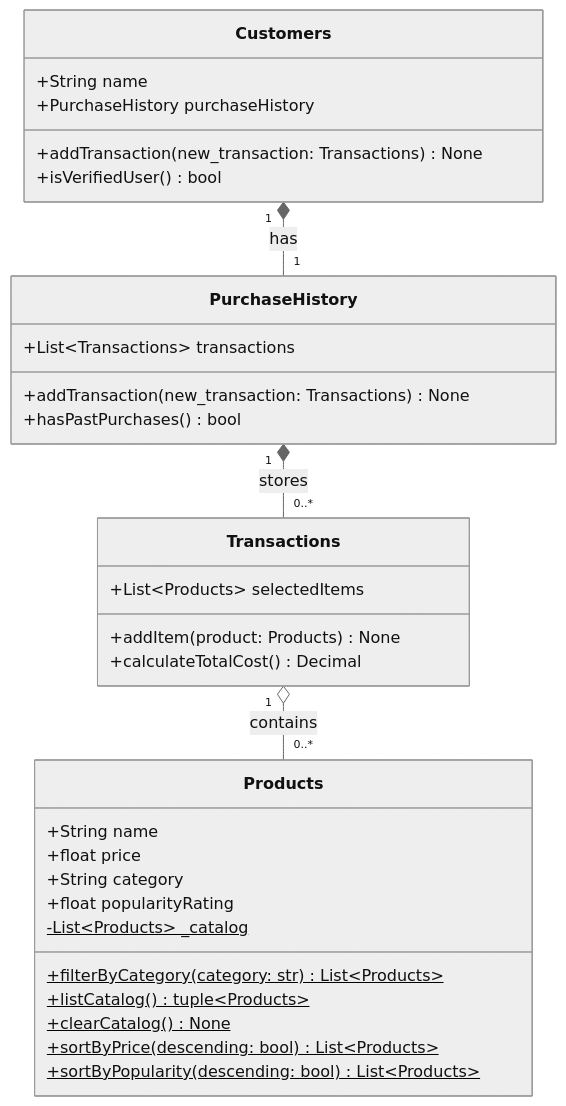
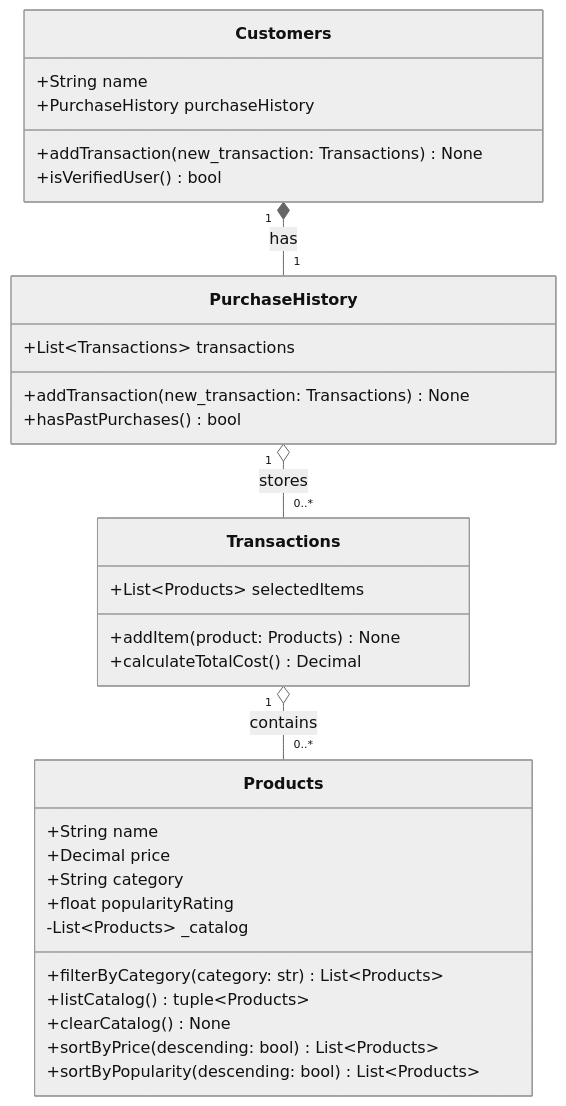
One commit to JasmineSutton/ByteBites changed the diagram in draft_from_copilot.md. Above: the diagram before and after it, drawn with Mermaid (neutral theme). The commit also changed other lines of this file and 2 other files, not shown here.

Commit message:
Updated differences
Compared against the current instructions and adjusted deltas.

````diff
--- a/draft_from_copilot.md
+++ b/draft_from_copilot.md
@@ -1,38 +1,38 @@
 ```mermaid
 classDiagram
     class Products {
         +String name
-        +float price
+        +Decimal price
         +String category
         +float popularityRating
-        -List~Products~ _catalog$
-        +filterByCategory(category: str) List~Products~$
-        +listCatalog() tuple~Products~$
-        +clearCatalog() None$
-        +sortByPrice(descending: bool) List~Products~$
-        +sortByPopularity(descending: bool) List~Products~$
+        -List~Products~ _catalog
+        +filterByCategory(category: str) List~Products~
+        +listCatalog() tuple~Products~
+        +clearCatalog() None
+        +sortByPrice(descending: bool) List~Products~
+        +sortByPopularity(descending: bool) List~Products~
     }
 
     class Transactions {
         +List~Products~ selectedItems
         +addItem(product: Products) None
         +calculateTotalCost() Decimal
     }
 
     class PurchaseHistory {
         +List~Transactions~ transactions
         +addTransaction(new_transaction: Transactions) None
         +hasPastPurchases() bool
     }
 
     class Customers {
         +String name
         +PurchaseHistory purchaseHistory
         +addTransaction(new_transaction: Transactions) None
         +isVerifiedUser() bool
     }
 
     Customers "1" *-- "1" PurchaseHistory : has
-    PurchaseHistory "1" *-- "0..*" Transactions : stores
+    PurchaseHistory "1" o-- "0..*" Transactions : stores
     Transactions "1" o-- "0..*" Products : contains
 ```
````
